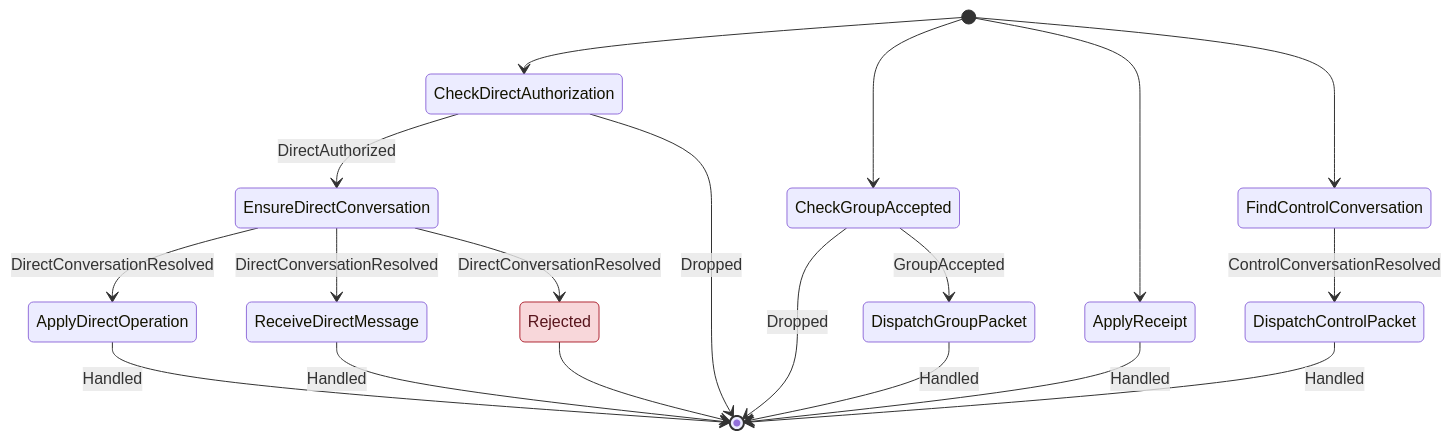
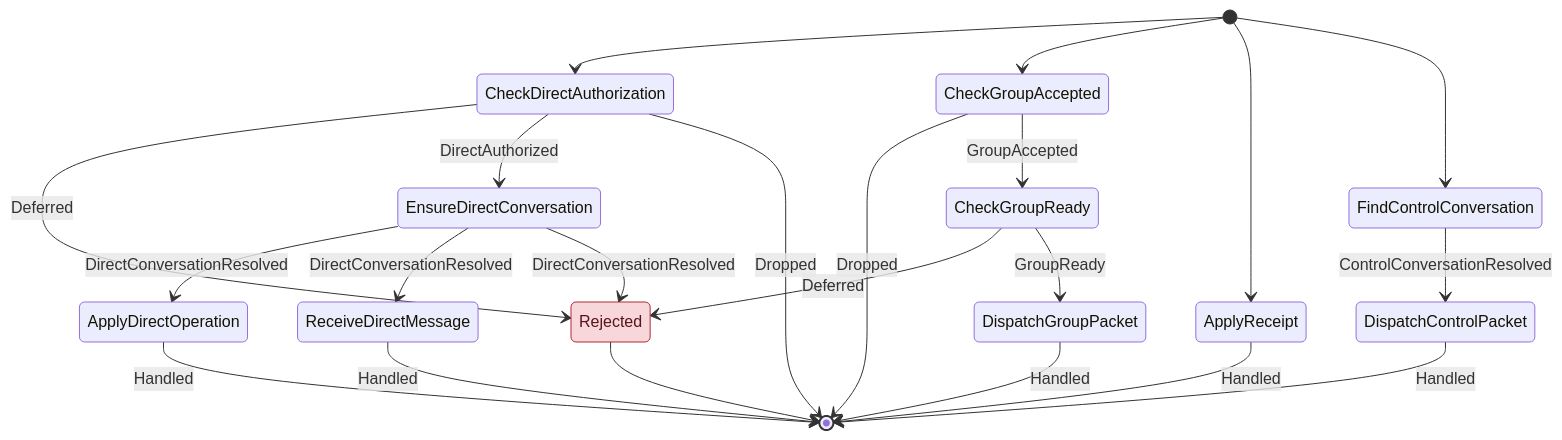
Diagram 28 of 31 in docs/architecture/workflows/incoming.md (cbgm/Sparrow), drawn with Mermaid before and after one commit. The commit also changed other lines of this file and 193 other files, not shown here.

````diff
--- a/docs/architecture/workflows/incoming.md
+++ b/docs/architecture/workflows/incoming.md
@@ -786,23 +791,26 @@
 ```mermaid
 stateDiagram-v2
     [*] --> CheckDirectAuthorization
     [*] --> CheckGroupAccepted
     [*] --> ApplyReceipt
     [*] --> FindControlConversation
+    CheckDirectAuthorization --> Rejected : Deferred
     CheckDirectAuthorization --> EnsureDirectConversation : DirectAuthorized
     CheckDirectAuthorization --> [*] : Dropped
     EnsureDirectConversation --> ApplyDirectOperation : DirectConversationResolved
     EnsureDirectConversation --> ReceiveDirectMessage : DirectConversationResolved
     EnsureDirectConversation --> Rejected : DirectConversationResolved
     ReceiveDirectMessage --> [*] : Handled
     ApplyDirectOperation --> [*] : Handled
     CheckGroupAccepted --> [*] : Dropped
-    CheckGroupAccepted --> DispatchGroupPacket : GroupAccepted
+    CheckGroupAccepted --> CheckGroupReady : GroupAccepted
+    CheckGroupReady --> Rejected : Deferred
+    CheckGroupReady --> DispatchGroupPacket : GroupReady
     DispatchGroupPacket --> [*] : Handled
     ApplyReceipt --> [*] : Handled
     FindControlConversation --> DispatchControlPacket : ControlConversationResolved
     DispatchControlPacket --> [*] : Handled
     Rejected --> [*]
     classDef reject fill:#f8d7da,stroke:#b02a37,color:#58151c
     class Rejected reject
 ```
````
